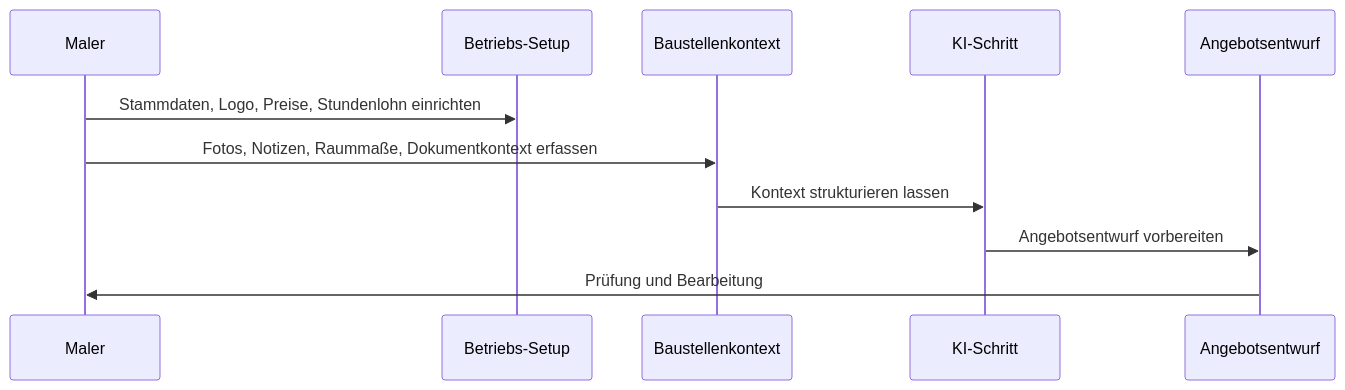
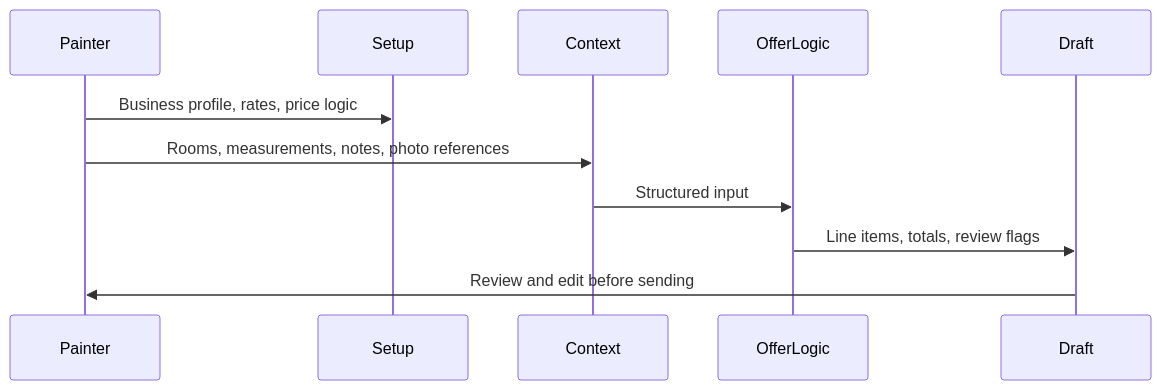
The first of 2 diagrams in docs/workflow.md (ro-sketch12/fotokalk-offer-workflow), drawn with Mermaid before and after one commit. The commit also changed other lines of this file and 12 other files, not shown here.

````diff
--- a/docs/workflow.md
+++ b/docs/workflow.md
@@ -13,14 +13,14 @@
 ```mermaid
 sequenceDiagram
-  participant U as Maler
-  participant S as Betriebs-Setup
-  participant C as Baustellenkontext
-  participant AI as KI-Schritt
-  participant O as Angebotsentwurf
+  participant Painter
+  participant Setup
+  participant Context
+  participant OfferLogic
+  participant Draft
 
-  U->>S: Stammdaten, Logo, Preise, Stundenlohn einrichten
-  U->>C: Fotos, Notizen, Raummaße, Dokumentkontext erfassen
-  C->>AI: Kontext strukturieren lassen
-  AI->>O: Angebotsentwurf vorbereiten
-  O->>U: Prüfung und Bearbeitung
+  Painter->>Setup: Business profile, rates, price logic
+  Painter->>Context: Rooms, measurements, notes, photo references
+  Context->>OfferLogic: Structured input
+  OfferLogic->>Draft: Line items, totals, review flags
+  Draft->>Painter: Review and edit before sending
 ```
````
